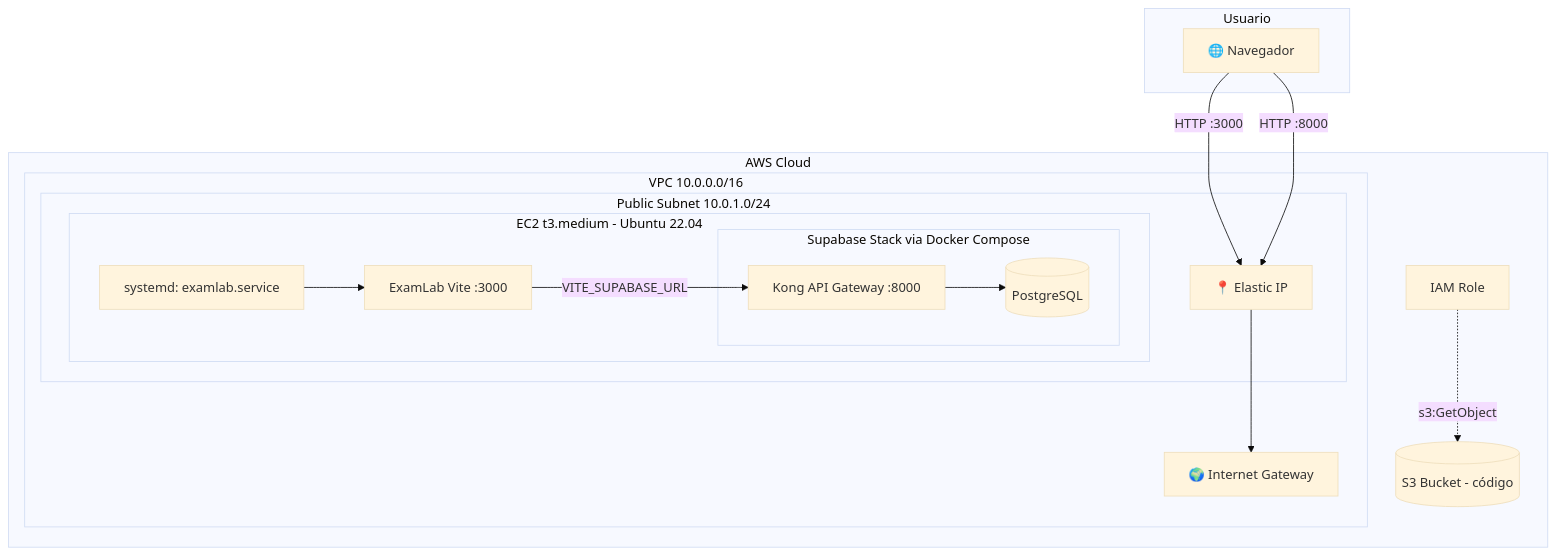
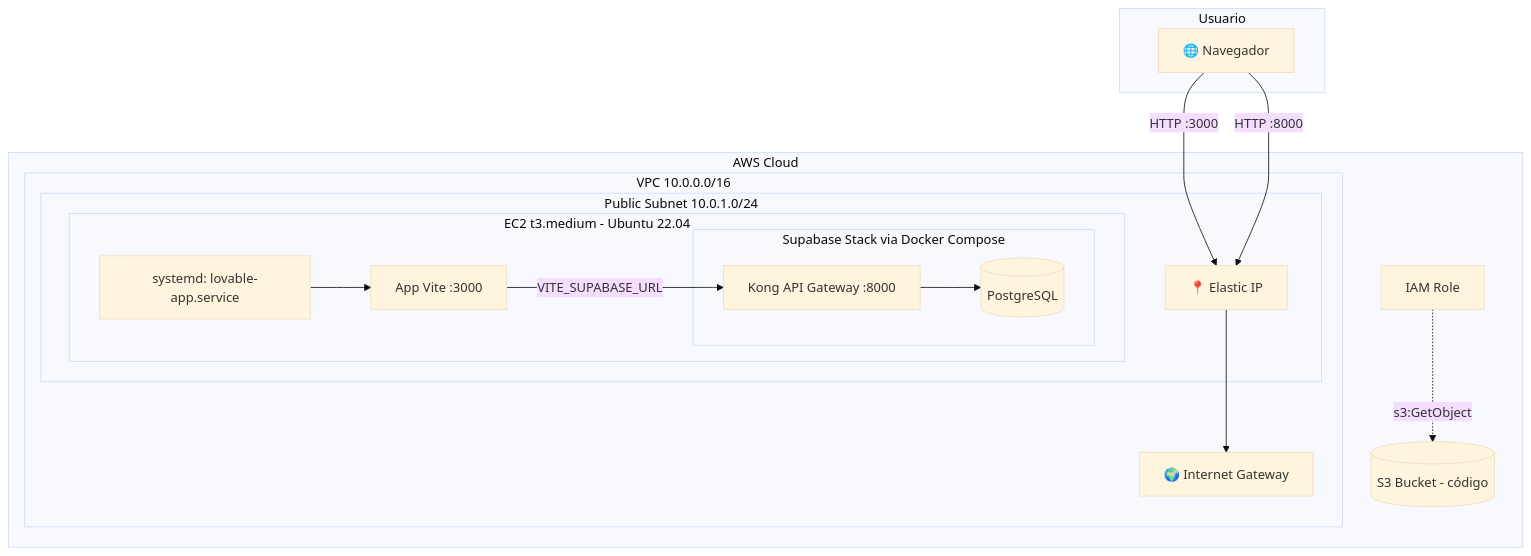
Before and after one commit to AndresDFX/examlab: the first of 2 diagrams in lovable-aws-deployment/docs/ARCHITECTURE.md, drawn with Mermaid (base theme). The commit also changed other lines of this file and 12 other files, not shown here.

````diff
--- a/lovable-aws-deployment/docs/ARCHITECTURE.md
+++ b/lovable-aws-deployment/docs/ARCHITECTURE.md
@@ -9,33 +9,33 @@
 ```mermaid
 graph TB
     subgraph Usuario
         Browser[🌐 Navegador]
     end
 
     subgraph "AWS Cloud"
         subgraph "VPC 10.0.0.0/16"
             IGW[🌍 Internet Gateway]
             subgraph "Public Subnet 10.0.1.0/24"
                 EIP[📍 Elastic IP]
                 subgraph "EC2 t3.medium - Ubuntu 22.04"
-                    SVC[systemd: examlab.service]
-                    APP[ExamLab Vite :3000]
+                    SVC[systemd: lovable-app.service]
+                    APP[App Vite :3000]
                     SVC --> APP
                     subgraph "Supabase Stack via Docker Compose"
                         KONG[Kong API Gateway :8000]
                         DB[(PostgreSQL)]
                         KONG --> DB
                     end
                 end
             end
         end
         S3[(S3 Bucket - código)]
         IAM[IAM Role]
     end
 
     Browser -->|HTTP :3000| EIP
     Browser -->|HTTP :8000| EIP
     EIP --> IGW
     APP -->|VITE_SUPABASE_URL| KONG
     IAM -.->|s3:GetObject| S3
 ```
````
